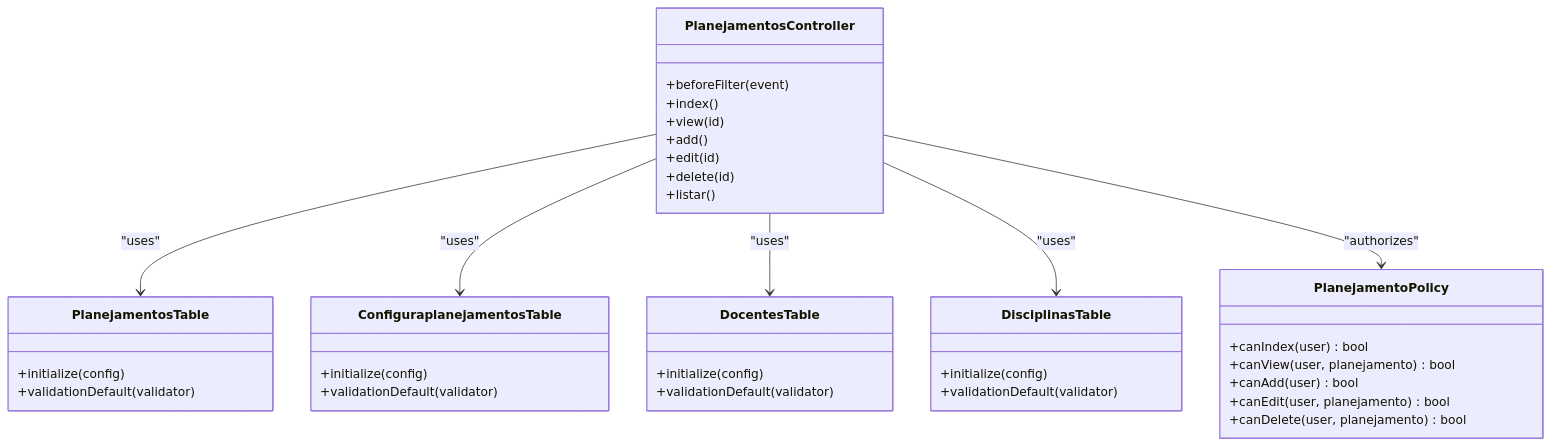
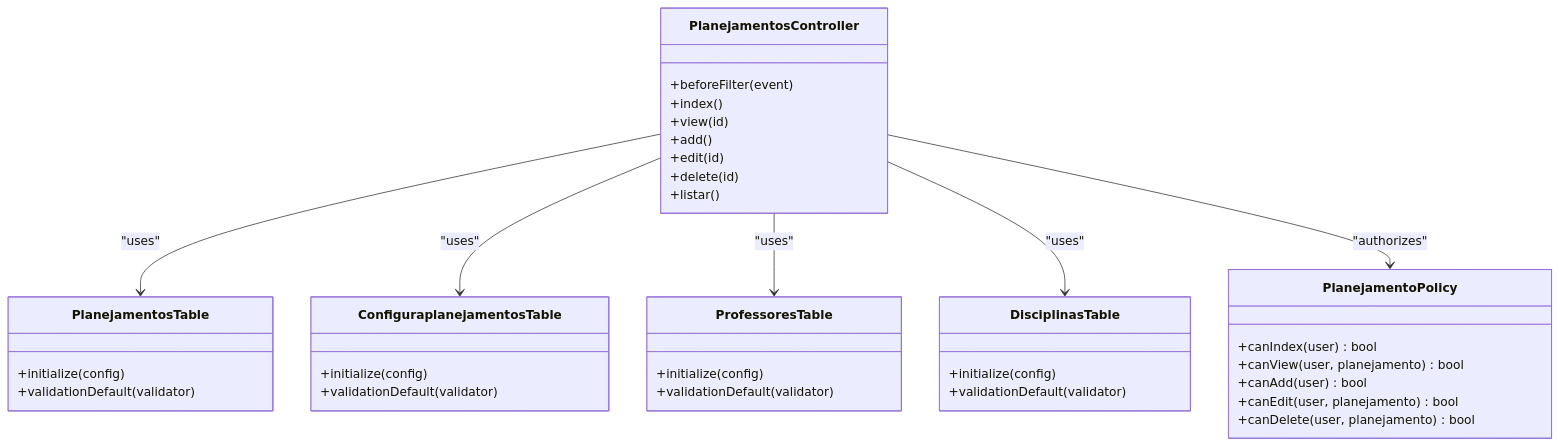
Before and after one commit to luiseduacosta/planejamento5: the third of 3 diagrams in .qoder/repowiki/en/content/API Reference/Schedule Management API.md, drawn with Mermaid. The commit also changed other lines of this file and 37 other files, not shown here.

Commit message:
repowiki: rename Docentes → Professores in metadata

````diff
--- a/.qoder/repowiki/en/content/API Reference/Schedule Management API.md
+++ b/.qoder/repowiki/en/content/API Reference/Schedule Management API.md
@@ -371,40 +371,40 @@
 ```mermaid
 classDiagram
 class PlanejamentosController {
 +beforeFilter(event)
 +index()
 +view(id)
 +add()
 +edit(id)
 +delete(id)
 +listar()
 }
 class PlanejamentosTable {
 +initialize(config)
 +validationDefault(validator)
 }
 class ConfiguraplanejamentosTable {
 +initialize(config)
 +validationDefault(validator)
 }
-class DocentesTable {
+class ProfessoresTable {
 +initialize(config)
 +validationDefault(validator)
 }
 class DisciplinasTable {
 +initialize(config)
 +validationDefault(validator)
 }
 class PlanejamentoPolicy {
 +canIndex(user) bool
 +canView(user, planejamento) bool
 +canAdd(user) bool
 +canEdit(user, planejamento) bool
 +canDelete(user, planejamento) bool
 }
 PlanejamentosController --> PlanejamentosTable : "uses"
 PlanejamentosController --> ConfiguraplanejamentosTable : "uses"
-PlanejamentosController --> DocentesTable : "uses"
+PlanejamentosController --> ProfessoresTable : "uses"
 PlanejamentosController --> DisciplinasTable : "uses"
 PlanejamentosController --> PlanejamentoPolicy : "authorizes"
 ```
````
